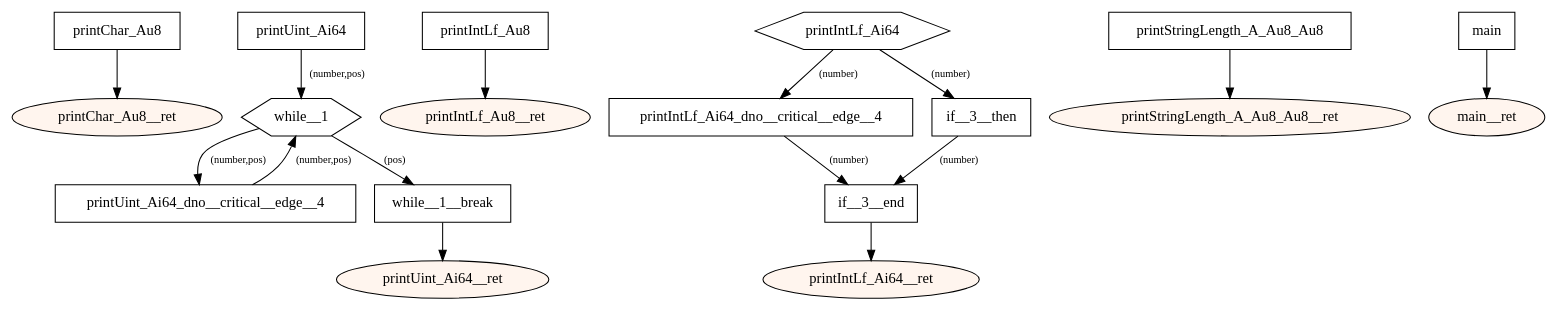
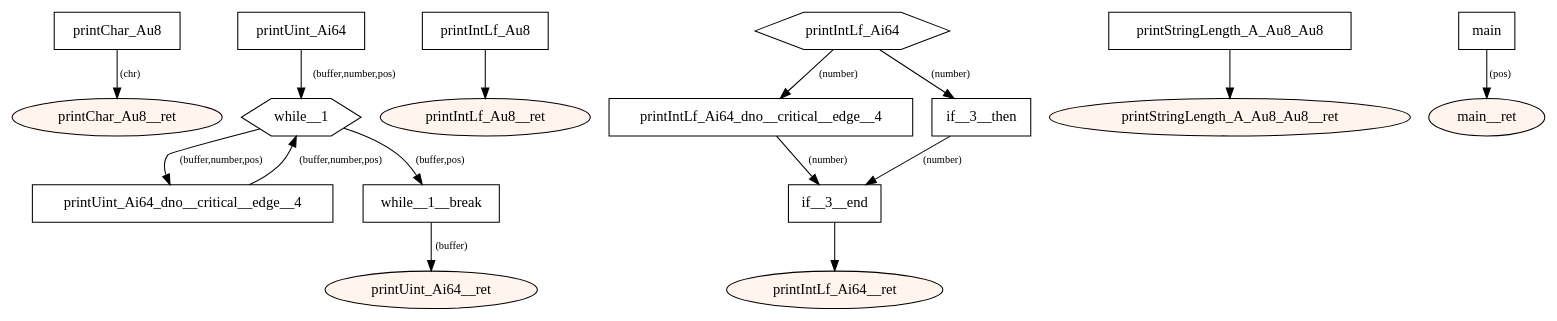
Before and after one commit to tmssngr/tinyC: the diagram in src/main/resources-test/compiler/windows/structs.dot, drawn with Graphviz. The commit also changed 150 other files, not shown here.

```diff
--- a/src/main/resources-test/compiler/windows/structs.dot
+++ b/src/main/resources-test/compiler/windows/structs.dot
@@ -1,47 +1,47 @@
 digraph program {
 	edge[fontsize="10pt"];
 	subgraph fn_printChar_Au8 {
 		BasicBlock_0_printChar_Au8 [label="printChar_Au8",shape=box];
-		BasicBlock_0_printChar_Au8 -> BasicBlock_0_printChar_Au8__ret;
+		BasicBlock_0_printChar_Au8 -> BasicBlock_0_printChar_Au8__ret [label="(chr)"];
 		BasicBlock_0_printChar_Au8__ret [label="printChar_Au8__ret",shape=oval,style=filled,fillcolor="#fff5ee"];
 	}
 	subgraph fn_printUint_Ai64 {
 		BasicBlock_1_printUint_Ai64 [label="printUint_Ai64",shape=box];
-		BasicBlock_1_printUint_Ai64 -> BasicBlock_1_while__1 [label="(number,pos)"];
+		BasicBlock_1_printUint_Ai64 -> BasicBlock_1_while__1 [label="(buffer,number,pos)"];
 		BasicBlock_1_printUint_Ai64_dno__critical__edge__4 [label="printUint_Ai64_dno__critical__edge__4",shape=box];
-		BasicBlock_1_printUint_Ai64_dno__critical__edge__4 -> BasicBlock_1_while__1 [label="(number,pos)"];
+		BasicBlock_1_printUint_Ai64_dno__critical__edge__4 -> BasicBlock_1_while__1 [label="(buffer,number,pos)"];
 		BasicBlock_1_while__1 [label="while__1",shape=hexagon];
-		BasicBlock_1_while__1 -> BasicBlock_1_printUint_Ai64_dno__critical__edge__4 [label="(number,pos)"];
-		BasicBlock_1_while__1 -> BasicBlock_1_while__1__break [label="(pos)"];
+		BasicBlock_1_while__1 -> BasicBlock_1_printUint_Ai64_dno__critical__edge__4 [label="(buffer,number,pos)"];
+		BasicBlock_1_while__1 -> BasicBlock_1_while__1__break [label="(buffer,pos)"];
 		BasicBlock_1_while__1__break [label="while__1__break",shape=box];
-		BasicBlock_1_while__1__break -> BasicBlock_1_printUint_Ai64__ret;
+		BasicBlock_1_while__1__break -> BasicBlock_1_printUint_Ai64__ret [label="(buffer)"];
 		BasicBlock_1_printUint_Ai64__ret [label="printUint_Ai64__ret",shape=oval,style=filled,fillcolor="#fff5ee"];
 	}
 	subgraph fn_printIntLf_Au8 {
 		BasicBlock_2_printIntLf_Au8 [label="printIntLf_Au8",shape=box];
 		BasicBlock_2_printIntLf_Au8 -> BasicBlock_2_printIntLf_Au8__ret;
 		BasicBlock_2_printIntLf_Au8__ret [label="printIntLf_Au8__ret",shape=oval,style=filled,fillcolor="#fff5ee"];
 	}
 	subgraph fn_printIntLf_Ai64 {
 		BasicBlock_3_printIntLf_Ai64 [label="printIntLf_Ai64",shape=hexagon];
 		BasicBlock_3_printIntLf_Ai64 -> BasicBlock_3_printIntLf_Ai64_dno__critical__edge__4 [label="(number)"];
 		BasicBlock_3_printIntLf_Ai64 -> BasicBlock_3_if__3__then [label="(number)"];
 		BasicBlock_3_printIntLf_Ai64_dno__critical__edge__4 [label="printIntLf_Ai64_dno__critical__edge__4",shape=box];
 		BasicBlock_3_printIntLf_Ai64_dno__critical__edge__4 -> BasicBlock_3_if__3__end [label="(number)"];
 		BasicBlock_3_if__3__then [label="if__3__then",shape=box];
 		BasicBlock_3_if__3__then -> BasicBlock_3_if__3__end [label="(number)"];
 		BasicBlock_3_if__3__end [label="if__3__end",shape=box];
 		BasicBlock_3_if__3__end -> BasicBlock_3_printIntLf_Ai64__ret;
 		BasicBlock_3_printIntLf_Ai64__ret [label="printIntLf_Ai64__ret",shape=oval,style=filled,fillcolor="#fff5ee"];
 	}
 	subgraph fn_printStringLength_A_Au8_Au8 {
 		BasicBlock_4_printStringLength_A_Au8_Au8 [label="printStringLength_A_Au8_Au8",shape=box];
 		BasicBlock_4_printStringLength_A_Au8_Au8 -> BasicBlock_4_printStringLength_A_Au8_Au8__ret;
 		BasicBlock_4_printStringLength_A_Au8_Au8__ret [label="printStringLength_A_Au8_Au8__ret",shape=oval,style=filled,fillcolor="#fff5ee"];
 	}
 	subgraph fn_main {
 		BasicBlock_5_main [label="main",shape=box];
-		BasicBlock_5_main -> BasicBlock_5_main__ret;
+		BasicBlock_5_main -> BasicBlock_5_main__ret [label="(pos)"];
 		BasicBlock_5_main__ret [label="main__ret",shape=oval,style=filled,fillcolor="#fff5ee"];
 	}
 }
```
